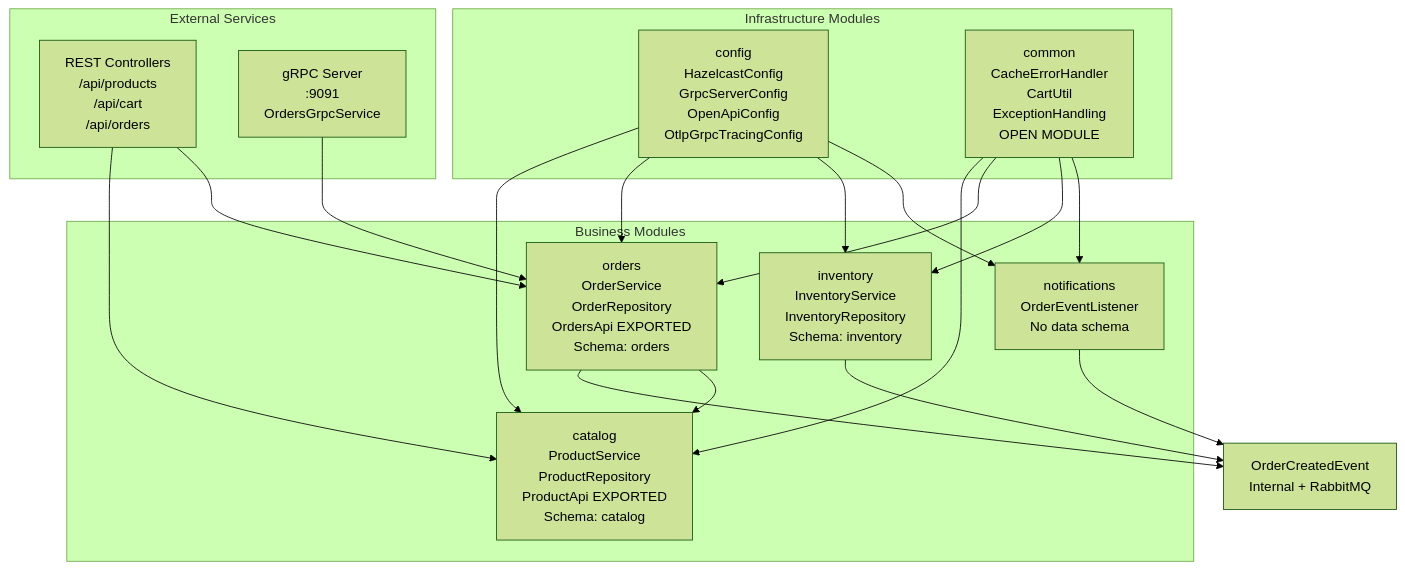
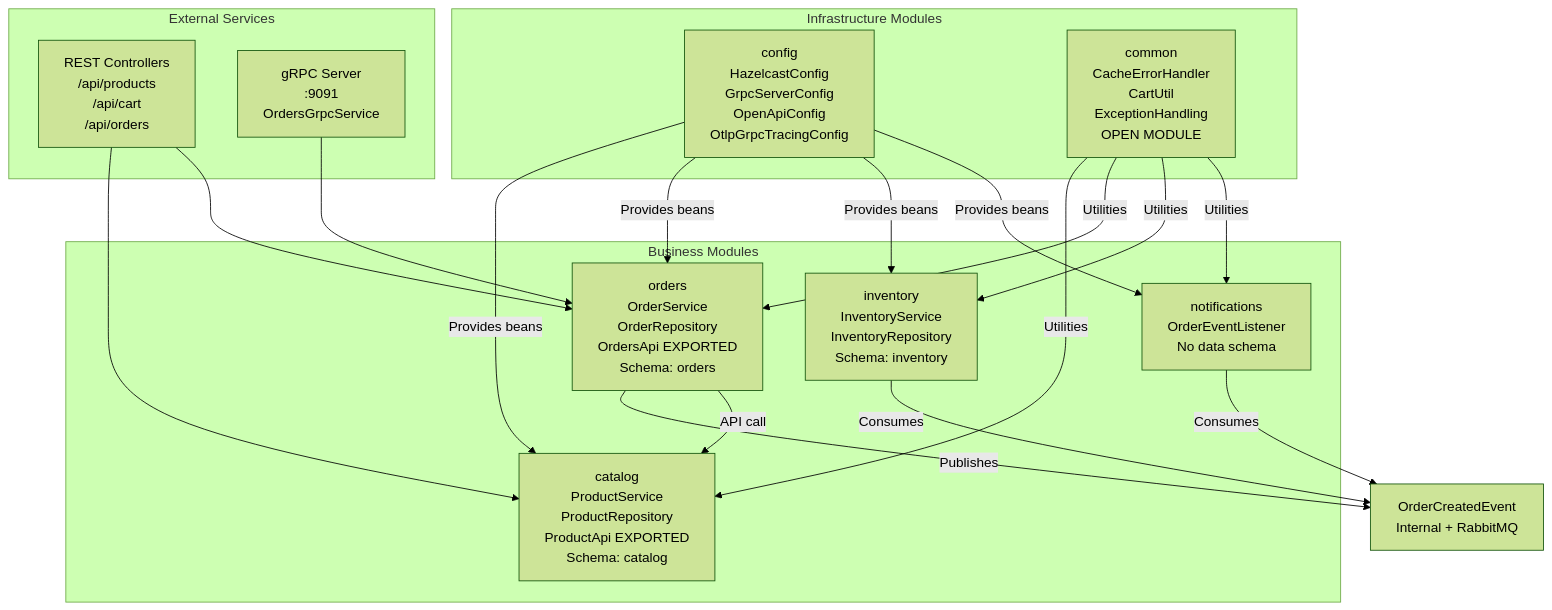
The first of 6 diagrams in docs/deepwiki/Business-Modules.md (philipz/spring-modular-monolith), drawn with Mermaid (forest theme) before and after one commit. The commit also changed other lines of this file and 55 other files, not shown here.

````diff
--- a/docs/deepwiki/Business-Modules.md
+++ b/docs/deepwiki/Business-Modules.md
@@ -37,46 +37,46 @@
 ```mermaid
 flowchart TD
 
 Config["config<br>HazelcastConfig<br>GrpcServerConfig<br>OpenApiConfig<br>OtlpGrpcTracingConfig"]
 Common["common<br>CacheErrorHandler<br>CartUtil<br>ExceptionHandling<br>OPEN MODULE"]
 Catalog["catalog<br>ProductService<br>ProductRepository<br>ProductApi EXPORTED<br>Schema: catalog"]
 Orders["orders<br>OrderService<br>OrderRepository<br>OrdersApi EXPORTED<br>Schema: orders"]
 Inventory["inventory<br>InventoryService<br>InventoryRepository<br>Schema: inventory"]
 Notifications["notifications<br>OrderEventListener<br>No data schema"]
 RestAPI["REST Controllers<br>/api/products<br>/api/cart<br>/api/orders"]
 GrpcAPI["gRPC Server<br>:9091<br>OrdersGrpcService"]
 OrderCreatedEvent["OrderCreatedEvent<br>Internal + RabbitMQ"]
 
-Config --> Catalog
-Config --> Orders
-Config --> Inventory
-Config --> Notifications
-Common --> Catalog
-Common --> Orders
-Common --> Inventory
-Common --> Notifications
-Orders --> OrderCreatedEvent
-Inventory --> OrderCreatedEvent
-Notifications --> OrderCreatedEvent
+Config -->|"Provides beans"| Catalog
+Config -->|"Provides beans"| Orders
+Config -->|"Provides beans"| Inventory
+Config -->|"Provides beans"| Notifications
+Common -->|"Utilities"| Catalog
+Common -->|"Utilities"| Orders
+Common -->|"Utilities"| Inventory
+Common -->|"Utilities"| Notifications
+Orders -->|"Publishes"| OrderCreatedEvent
+Inventory -->|"Consumes"| OrderCreatedEvent
+Notifications -->|"Consumes"| OrderCreatedEvent
 RestAPI --> Catalog
 RestAPI --> Orders
 GrpcAPI --> Orders
 
 subgraph subGraph2 ["External Services"]
     RestAPI
     GrpcAPI
 end
 
 subgraph subGraph1 ["Business Modules"]
     Catalog
     Orders
     Inventory
     Notifications
-    Orders --> Catalog
+    Orders -->|"API call"| Catalog
 end
 
 subgraph subGraph0 ["Infrastructure Modules"]
     Config
     Common
 end
 ```
````
